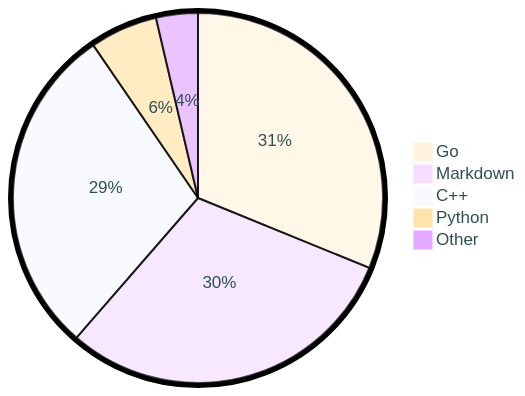
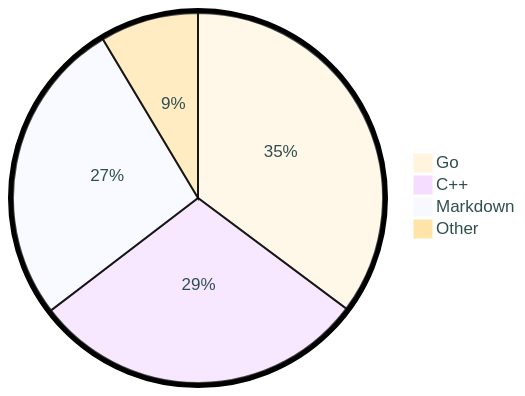
One commit to tot0p/tot0p changed the diagram in README.md. Above: the diagram before and after it, drawn with Mermaid. The commit also changed other lines of this file, not shown here.

````diff
--- a/README.md
+++ b/README.md
@@ -86,9 +87,8 @@
 ```mermaid
 %%{init: {"pie": {"textPosition": 0.5}, "themeVariables": {"pieOuterStrokeWidth": "5px","primaryTextColor" : "#2F4F4F"},"theme":"base"} }%%
 pie
-	"Go": 31.16
-	"Markdown": 30.22
-	"C++": 29.04
-	"Python": 5.91
-	"Other": 3.6499999999999995
+	"Go": 35.21
+	"C++": 29.41
+	"Markdown": 26.8
+	"Other": 8.59
 ```
````
